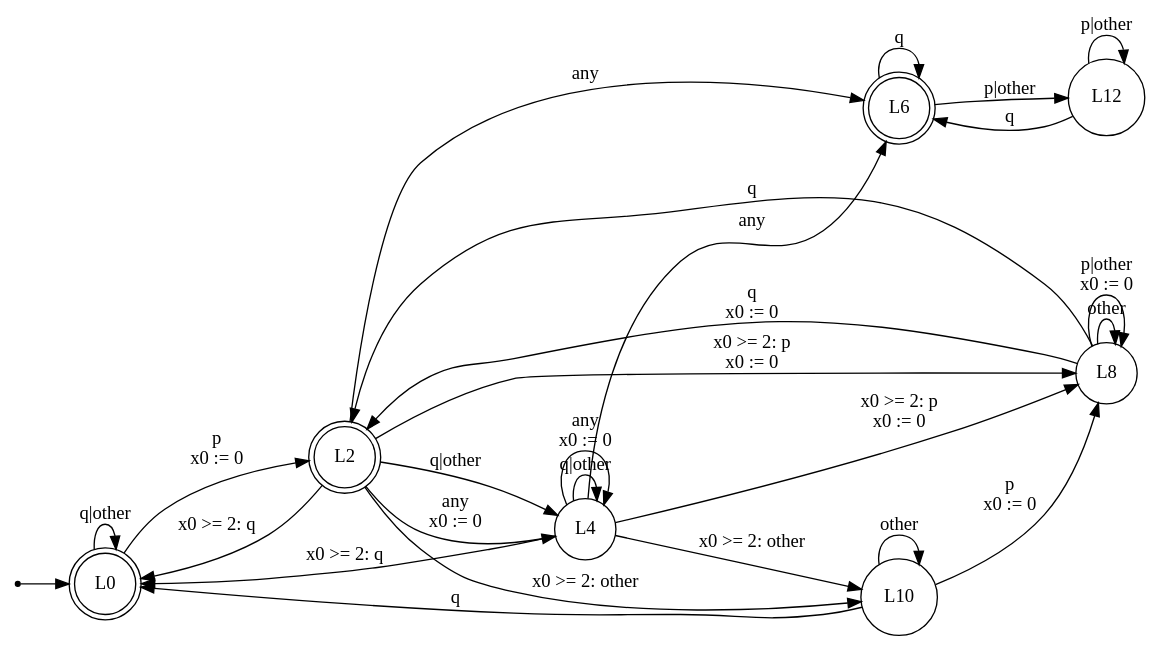
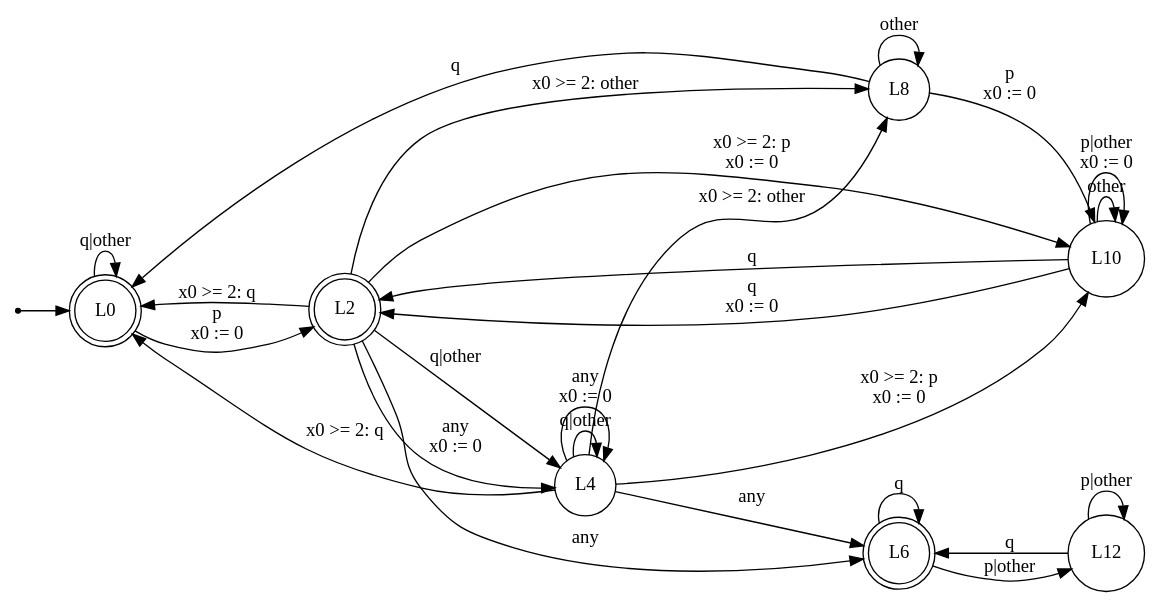
One commit to efares1/rocq-tba-optimization-uppaal-export changed the diagram in evaluation/out/F5.dot. Above: the diagram before and after it, drawn with Graphviz. The commit also changed 268 other files, not shown here.

```diff
--- a/evaluation/out/F5.dot
+++ b/evaluation/out/F5.dot
@@ -1,38 +1,38 @@
 digraph TA {
   rankdir=LR;
   node [shape=circle];
   init [shape=point];
   init -> L0;
   L0 [shape=doublecircle, label="L0"];
   L2 [shape=doublecircle, label="L2"];
   L4 [shape=circle, label="L4"];
   L6 [shape=doublecircle, label="L6"];
   L8 [shape=circle, label="L8"];
   L10 [shape=circle, label="L10"];
   L12 [shape=circle, label="L12"];
   L0 -> L0 [label="q|other"];
   L0 -> L2 [label="p\nx0 := 0"];
   L2 -> L0 [label="x0 >= 2: q"];
   L2 -> L4 [label="q|other"];
   L2 -> L4 [label="any\nx0 := 0"];
   L2 -> L6 [label="any"];
-  L2 -> L8 [label="x0 >= 2: p\nx0 := 0"];
-  L2 -> L10 [label="x0 >= 2: other"];
+  L2 -> L8 [label="x0 >= 2: other"];
+  L2 -> L10 [label="x0 >= 2: p\nx0 := 0"];
   L4 -> L0 [label="x0 >= 2: q"];
   L4 -> L4 [label="q|other"];
   L4 -> L4 [label="any\nx0 := 0"];
   L4 -> L6 [label="any"];
-  L4 -> L8 [label="x0 >= 2: p\nx0 := 0"];
-  L4 -> L10 [label="x0 >= 2: other"];
+  L4 -> L8 [label="x0 >= 2: other"];
+  L4 -> L10 [label="x0 >= 2: p\nx0 := 0"];
   L6 -> L6 [label="q"];
   L6 -> L12 [label="p|other"];
-  L8 -> L2 [label="q"];
-  L8 -> L2 [label="q\nx0 := 0"];
+  L8 -> L0 [label="q"];
   L8 -> L8 [label="other"];
-  L8 -> L8 [label="p|other\nx0 := 0"];
-  L10 -> L0 [label="q"];
-  L10 -> L8 [label="p\nx0 := 0"];
+  L8 -> L10 [label="p\nx0 := 0"];
+  L10 -> L2 [label="q"];
+  L10 -> L2 [label="q\nx0 := 0"];
   L10 -> L10 [label="other"];
+  L10 -> L10 [label="p|other\nx0 := 0"];
   L12 -> L6 [label="q"];
   L12 -> L12 [label="p|other"];
 }
```
